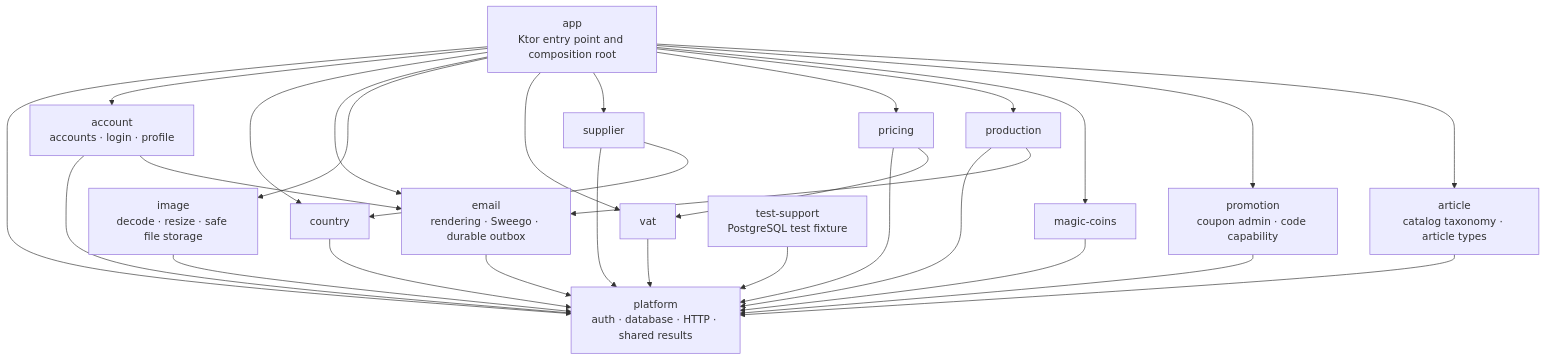
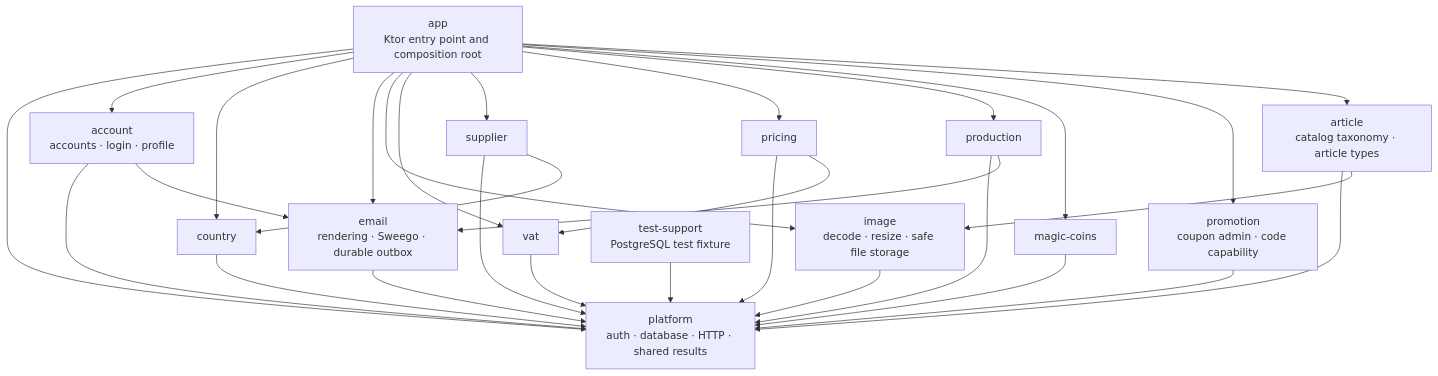
One commit to bitstorm-tech/voenix-shop-kotlin changed the diagram in docs/dev/backend/module-architecture.md. Above: the diagram before and after it, drawn with Mermaid. The commit also changed other lines of this file and 28 other files, not shown here.

Commit message:
Article migration T4: subcategory slice with example-image pre-upload (#17)

````diff
--- a/docs/dev/backend/module-architecture.md
+++ b/docs/dev/backend/module-architecture.md
@@ -34,46 +34,47 @@
 ```mermaid
 flowchart TD
     App["app<br/>Ktor entry point and composition root"]
     Platform["platform<br/>auth · database · HTTP · shared results"]
     Country["country"]
     Email["email<br/>rendering · Sweego · durable outbox"]
     Image["image<br/>decode · resize · safe file storage"]
     Vat["vat"]
     Supplier["supplier"]
     Pricing["pricing"]
     Production["production"]
     MagicCoins["magic-coins"]
     Account["account<br/>accounts · login · profile"]
     Promotion["promotion<br/>coupon admin · code capability"]
     Article["article<br/>catalog taxonomy · article types"]
     TestSupport["test-support<br/>PostgreSQL test fixture"]
 
     App --> Platform
     App --> Account
     App --> Country
     App --> Email
     App --> Image
     App --> Vat
     App --> Supplier
     App --> Pricing
     App --> Production
     App --> MagicCoins
     App --> Promotion
     App --> Article
     Country --> Platform
     Email --> Platform
     Image --> Platform
     Vat --> Platform
     Supplier --> Platform
     Supplier --> Country
     Pricing --> Platform
     Pricing --> Vat
     Production --> Platform
     Production --> Email
     MagicCoins --> Platform
     Account --> Platform
     Account --> Email
     Promotion --> Platform
     Article --> Platform
+    Article --> Image
     TestSupport --> Platform
 ```
````
